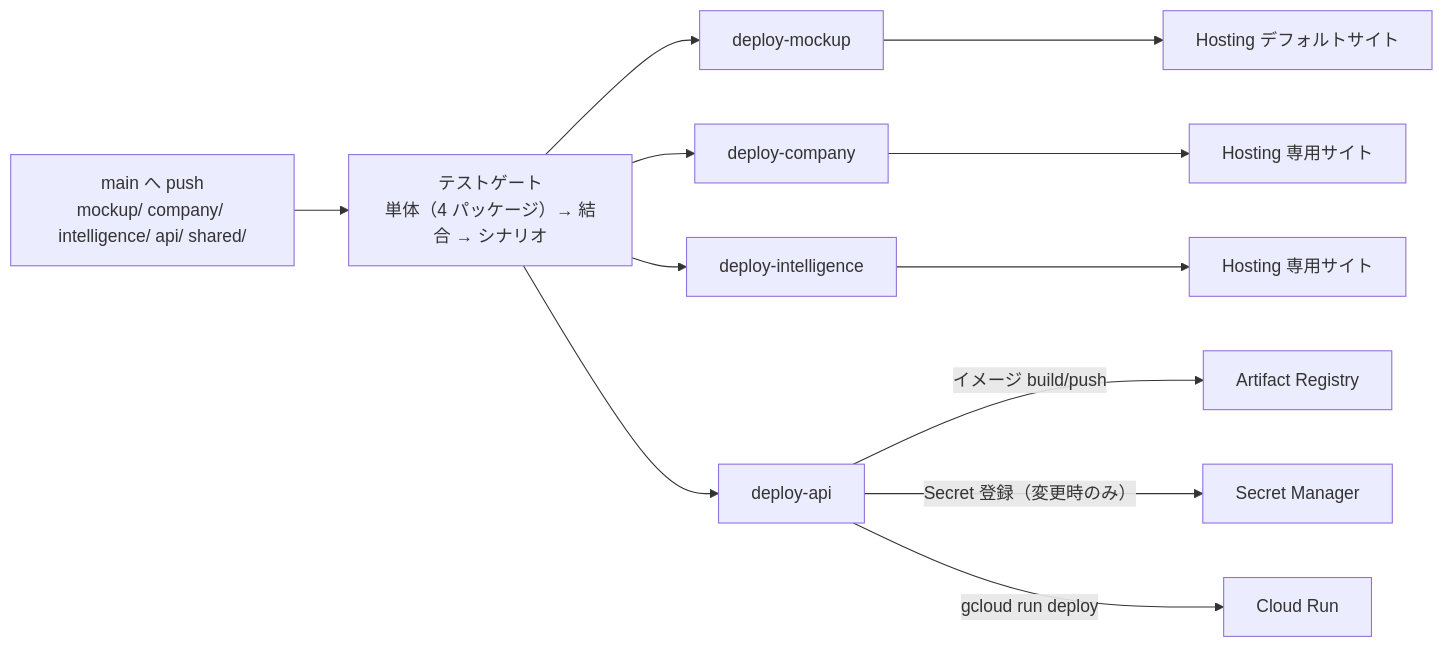
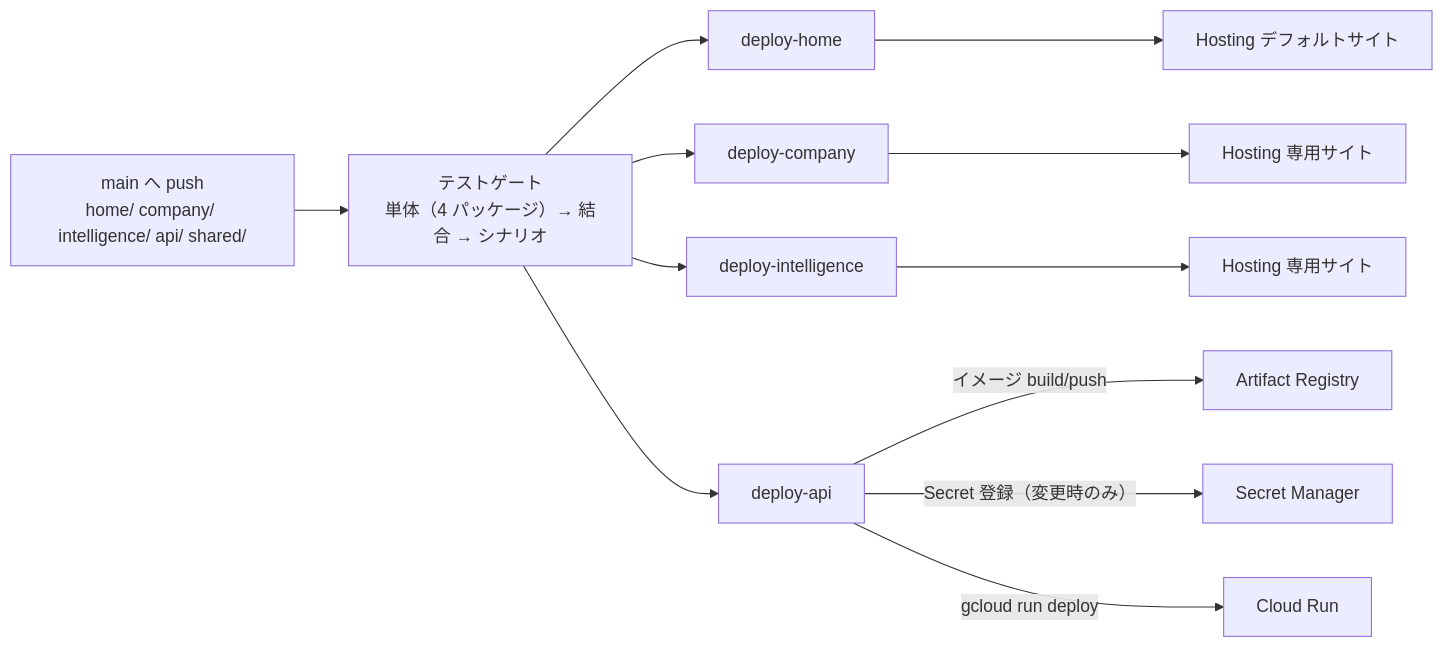
One commit to TSUNAGUBA/akebono-office changed the second of 2 diagrams in .ai-native/outputs/phase7/production-architecture.md. Above: the diagram before and after it, drawn with Mermaid. The commit also changed other lines of this file and 436 other files, not shown here.

First line of the commit message:
メインフロントエンドを mockup/ から home/ へ改名（参照の網羅置換つき）

````diff
--- a/.ai-native/outputs/phase7/production-architecture.md
+++ b/.ai-native/outputs/phase7/production-architecture.md
@@ -136,11 +136,11 @@
 ```mermaid
 flowchart LR
-    P[main へ push<br/>mockup/ company/ intelligence/ api/ shared/] --> T[テストゲート<br/>単体（4 パッケージ）→ 結合 → シナリオ]
-    T --> M[deploy-mockup] --> H[Hosting デフォルトサイト]
+    P[main へ push<br/>home/ company/ intelligence/ api/ shared/] --> T[テストゲート<br/>単体（4 パッケージ）→ 結合 → シナリオ]
+    T --> M[deploy-home] --> H[Hosting デフォルトサイト]
     T --> C[deploy-company] --> HC[Hosting 専用サイト]
     T --> I[deploy-intelligence] --> HI[Hosting 専用サイト]
     T --> D[deploy-api]
     D -->|イメージ build/push| AR[Artifact Registry]
     D -->|Secret 登録（変更時のみ）| SM[Secret Manager]
     D -->|gcloud run deploy| CR[Cloud Run]
 ```
````
